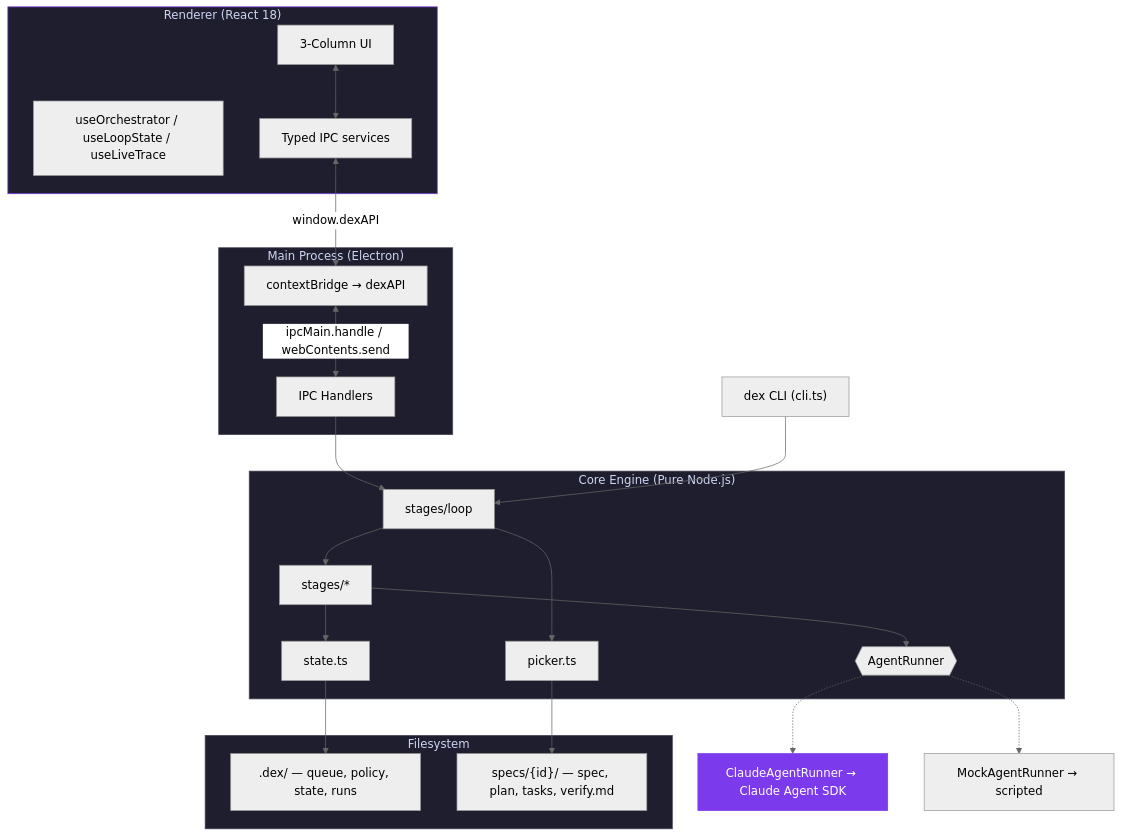
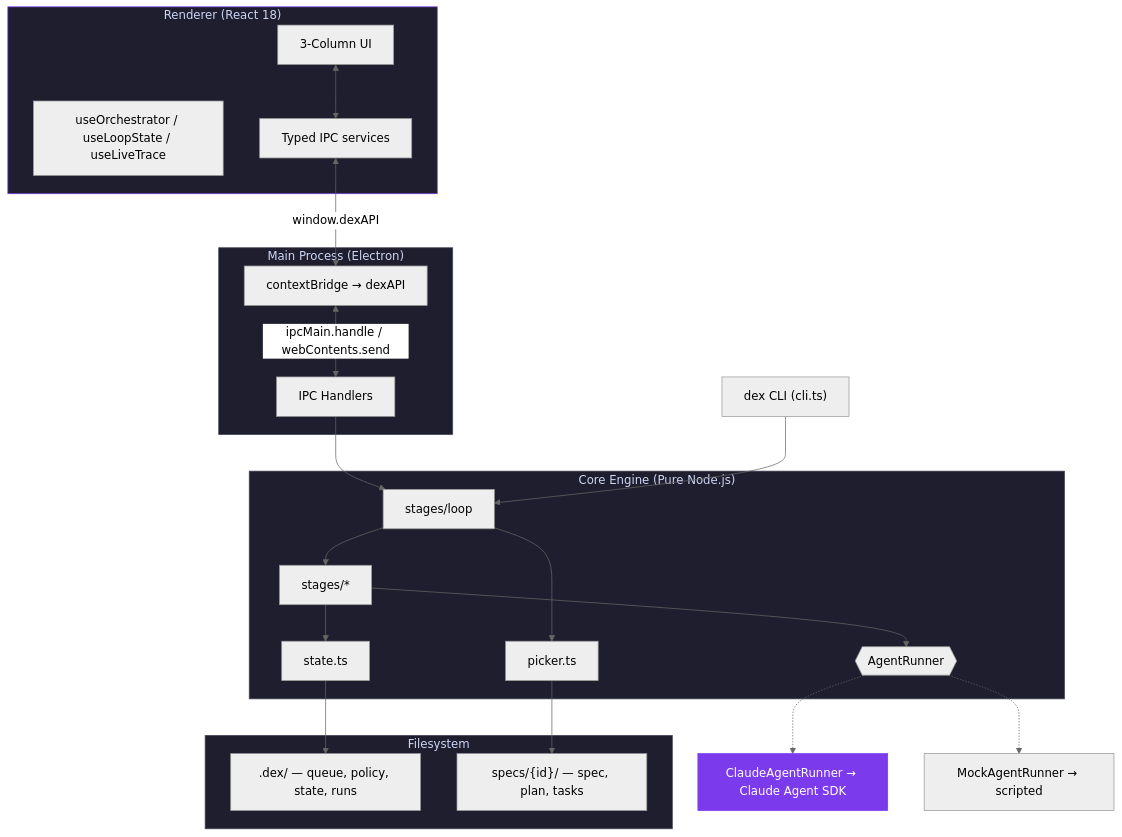
One commit to lukaskellerstein/dex changed the diagram in README.md. Above: the diagram before and after it, drawn with Mermaid (neutral theme). The commit also changed other lines of this file and 13 other files, not shown here.

First line of the commit message:
Spec 015 Phase 12: verify records, the spec-kit env and the default env in the docs

````diff
--- a/README.md
+++ b/README.md
@@ -92,51 +92,51 @@
 ```mermaid
 graph TD
     subgraph Renderer["Renderer (React 18)"]
         UI["3-Column UI"]
         Hooks["useOrchestrator / useLoopState / useLiveTrace"]
         Svc["Typed IPC services"]
     end
 
     subgraph Main["Main Process (Electron)"]
         IPC["IPC Handlers"]
         Preload["contextBridge → dexAPI"]
     end
 
     subgraph Core["Core Engine (Pure Node.js)"]
         Loop["stages/loop"]
         Picker["picker.ts"]
         Stages["stages/*"]
         State["state.ts"]
         Runner{{"AgentRunner"}}
     end
 
     CLI["dex CLI (cli.ts)"]
 
     subgraph FS["Filesystem"]
         Proj[".dex/ — queue, policy, state, runs"]
-        Specs["specs/{id}/ — spec, plan, tasks, verify.md"]
+        Specs["specs/{id}/ — spec, plan, tasks"]
     end
 
     Claude["ClaudeAgentRunner → Claude Agent SDK"]
     Mock["MockAgentRunner → scripted"]
 
     UI <--> Svc
     Svc <-->|"window.dexAPI"| Preload
     Preload <-->|"ipcMain.handle / webContents.send"| IPC
     IPC --> Loop
     CLI --> Loop
     Loop --> Picker
     Picker --> Specs
     Loop --> Stages
     Stages --> Runner
     Stages --> State
     Runner -.-> Claude
     Runner -.-> Mock
     State --> Proj
 
     style Renderer fill:#1E1E2E,stroke:#7C3AED,color:#CDD6F4
     style Main fill:#1E1E2E,stroke:#45475A,color:#CDD6F4
     style Core fill:#1E1E2E,stroke:#45475A,color:#CDD6F4
     style FS fill:#1E1E2E,stroke:#45475A,color:#CDD6F4
     style Claude fill:#7C3AED,stroke:#7C3AED,color:#FFF
 ```
````
